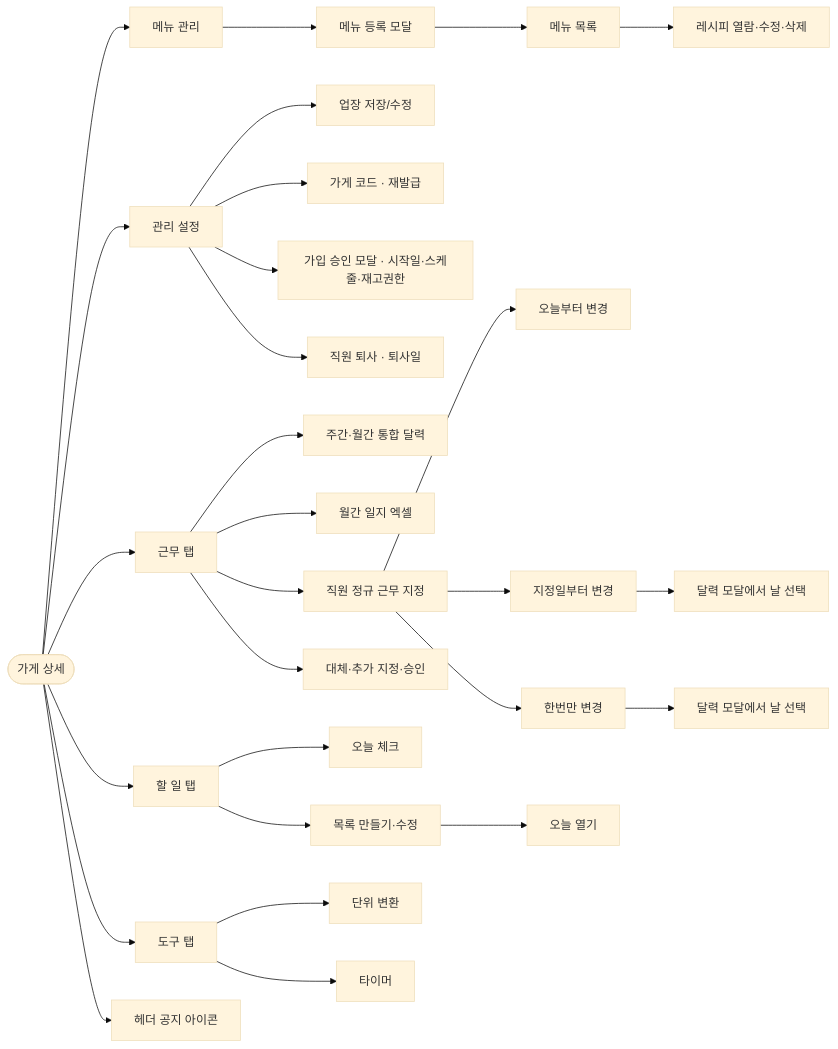
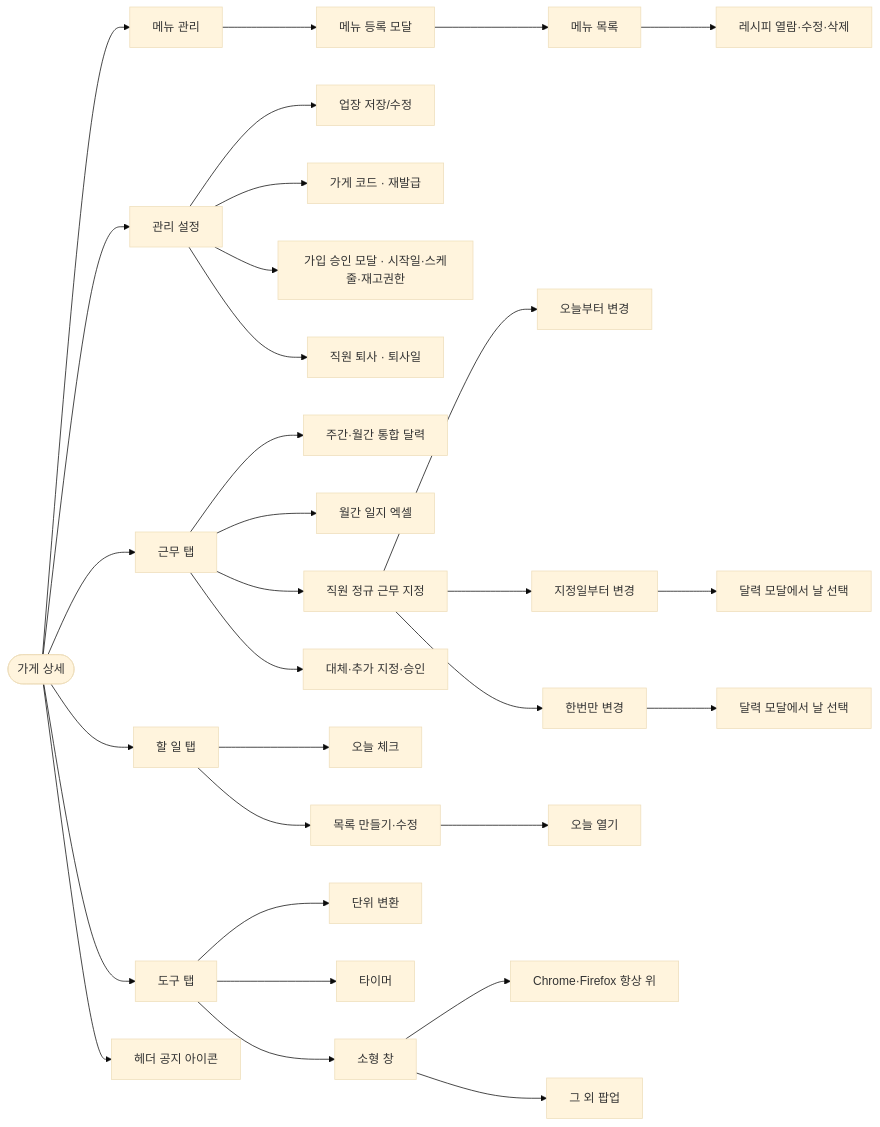
The tenth of 28 diagrams in docs/PBB-유저-흐름도.md (ohdeg/PBB), drawn with Mermaid (base theme) before and after one commit. The commit also changed other lines of this file and 10 other files, not shown here.

````diff
--- a/docs/PBB-유저-흐름도.md
+++ b/docs/PBB-유저-흐름도.md
@@ -245,30 +245,33 @@
 ```mermaid
 flowchart LR
     store([가게 상세]) --> menus[메뉴 관리]
     menus --> addMenu[메뉴 등록 모달]
     addMenu --> menuList[메뉴 목록]
     menuList --> recipeEdit[레시피 열람·수정·삭제]
     store --> settings[관리 설정]
     settings --> saveStore[업장 저장/수정]
     settings --> inviteCode[가게 코드 · 재발급]
     settings --> joins[가입 승인 모달 · 시작일·스케줄·재고권한]
     settings --> resign[직원 퇴사 · 퇴사일]
     store --> schedule[근무 탭]
     schedule --> calendar[주간·월간 통합 달력]
     schedule --> journalXlsx[월간 일지 엑셀]
     schedule --> assign[직원 정규 근무 지정]
     assign --> fromToday[오늘부터 변경]
     assign --> fromDate[지정일부터 변경]
     fromDate --> pickDate[달력 모달에서 날 선택]
     assign --> once[한번만 변경]
     once --> pickOnce[달력 모달에서 날 선택]
     schedule --> cover[대체·추가 지정·승인]
     store --> checklists[할 일 탭]
     checklists --> todayList[오늘 체크]
     checklists --> templates[목록 만들기·수정]
     templates --> openToday[오늘 열기]
     store --> tools[도구 탭]
     store --> notice[헤더 공지 아이콘]
     tools --> units[단위 변환]
     tools --> timers[타이머]
+    tools --> compact[소형 창]
+    compact --> pip[Chrome·Firefox 항상 위]
+    compact --> pop[그 외 팝업]
 ```
````
